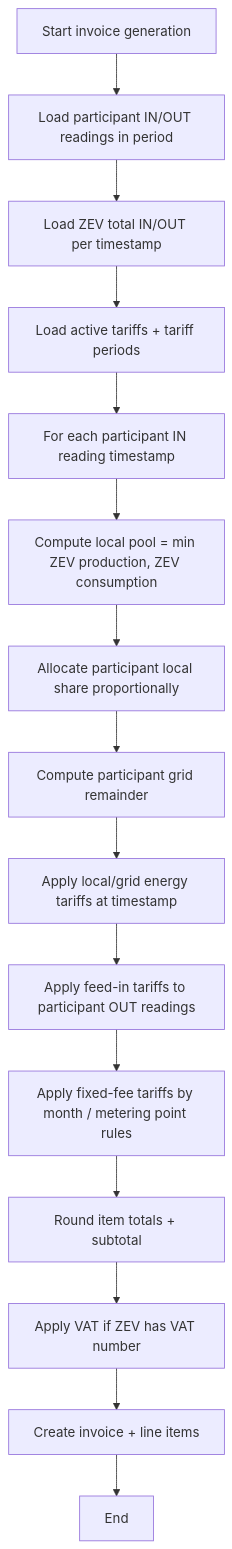
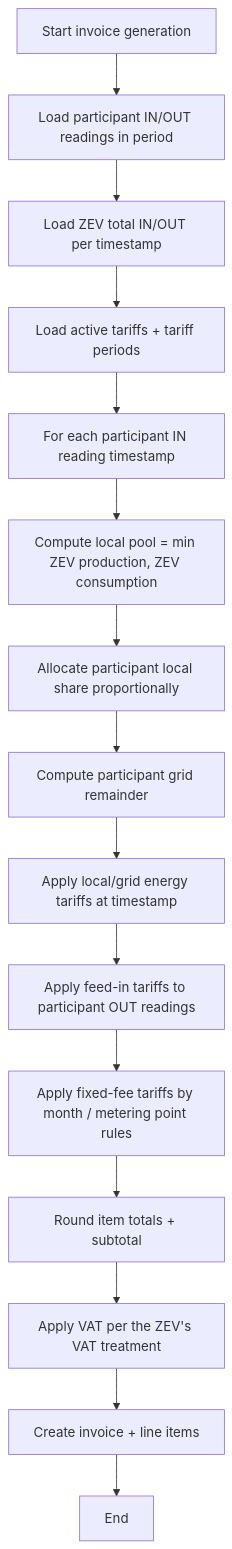
The diagram in docs/user-guide/08-billing-allocation-explained.md (splattner/openzev), drawn with Mermaid before and after one commit. The commit also changed other lines of this file and 15 other files, not shown here.

````diff
--- a/docs/user-guide/08-billing-allocation-explained.md
+++ b/docs/user-guide/08-billing-allocation-explained.md
@@ -279,17 +283,17 @@
 ```mermaid
 flowchart TD
   A[Start invoice generation] --> B[Load participant IN/OUT readings in period]
   B --> C[Load ZEV total IN/OUT per timestamp]
   C --> D[Load active tariffs + tariff periods]
   D --> E[For each participant IN reading timestamp]
   E --> F[Compute local pool = min ZEV production, ZEV consumption]
   F --> G[Allocate participant local share proportionally]
   G --> H[Compute participant grid remainder]
   H --> I[Apply local/grid energy tariffs at timestamp]
   I --> J[Apply feed-in tariffs to participant OUT readings]
   J --> K[Apply fixed-fee tariffs by month / metering point rules]
   K --> L[Round item totals + subtotal]
-  L --> M[Apply VAT if ZEV has VAT number]
+  L --> M[Apply VAT per the ZEV's VAT treatment]
   M --> N[Create invoice + line items]
   N --> O[End]
 ```
````
